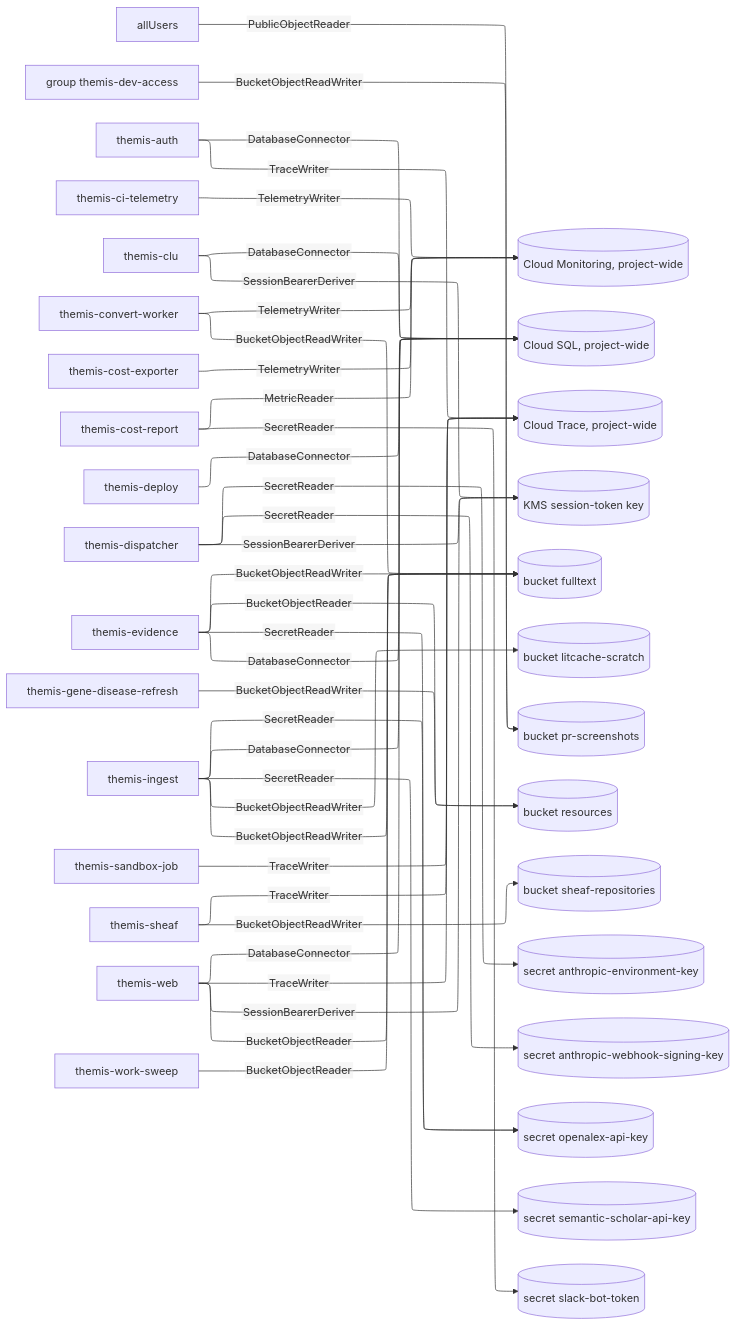
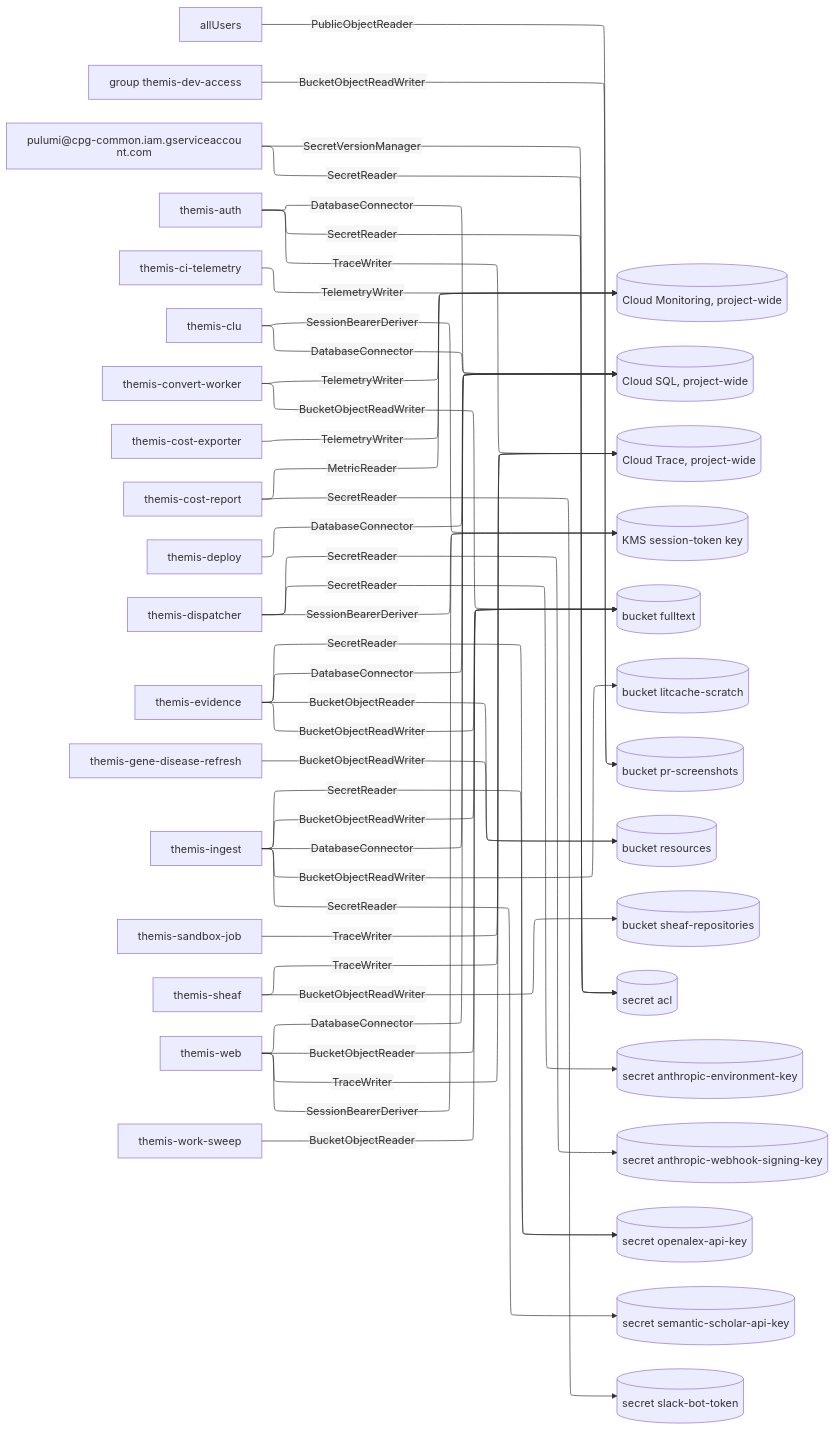
Before and after one commit to populationgenomics/themis: the diagram in docs/design/grants/data.mmd, drawn with Mermaid. The commit also changed 179 other files, not shown here.

```diff
--- a/docs/design/grants/data.mmd
+++ b/docs/design/grants/data.mmd
@@ -1,67 +1,72 @@
 %%{init: {"layout": "elk", "elk": {"mergeEdges": true, "nodePlacementStrategy": "NETWORK_SIMPLEX"}, "htmlLabels": false, "flowchart": {"htmlLabels": false, "wrappingWidth": 320}}}%%
 flowchart LR
     n0["allUsers"]
     n1["group themis-dev-access"]
-    n2["themis-auth"]
-    n3["themis-ci-telemetry"]
-    n4["themis-clu"]
-    n5["themis-convert-worker"]
-    n6["themis-cost-exporter"]
-    n7["themis-cost-report"]
-    n8["themis-deploy"]
-    n9["themis-dispatcher"]
-    n10["themis-evidence"]
-    n11["themis-gene-disease-refresh"]
-    n12["themis-ingest"]
-    n13["themis-sandbox-job"]
-    n14["themis-sheaf"]
-    n15["themis-web"]
-    n16["themis-work-sweep"]
-    n17[("Cloud Monitoring, project-wide")]
-    n18[("Cloud SQL, project-wide")]
-    n19[("Cloud Trace, project-wide")]
-    n20[("KMS session-token key")]
-    n21[("bucket fulltext")]
-    n22[("bucket litcache-scratch")]
-    n23[("bucket pr-screenshots")]
-    n24[("bucket resources")]
-    n25[("bucket sheaf-repositories")]
-    n26[("secret anthropic-environment-key")]
-    n27[("secret anthropic-webhook-signing-key")]
-    n28[("secret openalex-api-key")]
-    n29[("secret semantic-scholar-api-key")]
-    n30[("secret slack-bot-token")]
-    n0 -->|PublicObjectReader| n23
-    n1 -->|BucketObjectReadWriter| n23
-    n2 -->|DatabaseConnector| n18
-    n2 -->|TraceWriter| n19
-    n3 -->|TelemetryWriter| n17
-    n4 -->|DatabaseConnector| n18
-    n4 -->|SessionBearerDeriver| n20
-    n5 -->|BucketObjectReadWriter| n21
-    n5 -->|TelemetryWriter| n17
-    n6 -->|TelemetryWriter| n17
-    n7 -->|MetricReader| n17
-    n7 -->|SecretReader| n30
-    n8 -->|DatabaseConnector| n18
-    n9 -->|SecretReader| n26
-    n9 -->|SecretReader| n27
-    n9 -->|SessionBearerDeriver| n20
-    n10 -->|BucketObjectReadWriter| n21
-    n10 -->|BucketObjectReader| n24
-    n10 -->|DatabaseConnector| n18
+    n2["pulumi@cpg-common.iam.gserviceaccount.com"]
+    n3["themis-auth"]
+    n4["themis-ci-telemetry"]
+    n5["themis-clu"]
+    n6["themis-convert-worker"]
+    n7["themis-cost-exporter"]
+    n8["themis-cost-report"]
+    n9["themis-deploy"]
+    n10["themis-dispatcher"]
+    n11["themis-evidence"]
+    n12["themis-gene-disease-refresh"]
+    n13["themis-ingest"]
+    n14["themis-sandbox-job"]
+    n15["themis-sheaf"]
+    n16["themis-web"]
+    n17["themis-work-sweep"]
+    n18[("Cloud Monitoring, project-wide")]
+    n19[("Cloud SQL, project-wide")]
+    n20[("Cloud Trace, project-wide")]
+    n21[("KMS session-token key")]
+    n22[("bucket fulltext")]
+    n23[("bucket litcache-scratch")]
+    n24[("bucket pr-screenshots")]
+    n25[("bucket resources")]
+    n26[("bucket sheaf-repositories")]
+    n27[("secret acl")]
+    n28[("secret anthropic-environment-key")]
+    n29[("secret anthropic-webhook-signing-key")]
+    n30[("secret openalex-api-key")]
+    n31[("secret semantic-scholar-api-key")]
+    n32[("secret slack-bot-token")]
+    n0 -->|PublicObjectReader| n24
+    n1 -->|BucketObjectReadWriter| n24
+    n2 -->|SecretReader| n27
+    n2 -->|SecretVersionManager| n27
+    n3 -->|DatabaseConnector| n19
+    n3 -->|SecretReader| n27
+    n3 -->|TraceWriter| n20
+    n4 -->|TelemetryWriter| n18
+    n5 -->|DatabaseConnector| n19
+    n5 -->|SessionBearerDeriver| n21
+    n6 -->|BucketObjectReadWriter| n22
+    n6 -->|TelemetryWriter| n18
+    n7 -->|TelemetryWriter| n18
+    n8 -->|MetricReader| n18
+    n8 -->|SecretReader| n32
+    n9 -->|DatabaseConnector| n19
     n10 -->|SecretReader| n28
-    n11 -->|BucketObjectReadWriter| n24
-    n12 -->|BucketObjectReadWriter| n21
-    n12 -->|BucketObjectReadWriter| n22
-    n12 -->|DatabaseConnector| n18
-    n12 -->|SecretReader| n28
-    n12 -->|SecretReader| n29
-    n13 -->|TraceWriter| n19
-    n14 -->|BucketObjectReadWriter| n25
-    n14 -->|TraceWriter| n19
-    n15 -->|BucketObjectReader| n21
-    n15 -->|DatabaseConnector| n18
-    n15 -->|SessionBearerDeriver| n20
-    n15 -->|TraceWriter| n19
-    n16 -->|BucketObjectReader| n21
+    n10 -->|SecretReader| n29
+    n10 -->|SessionBearerDeriver| n21
+    n11 -->|BucketObjectReadWriter| n22
+    n11 -->|BucketObjectReader| n25
+    n11 -->|DatabaseConnector| n19
+    n11 -->|SecretReader| n30
+    n12 -->|BucketObjectReadWriter| n25
+    n13 -->|BucketObjectReadWriter| n22
+    n13 -->|BucketObjectReadWriter| n23
+    n13 -->|DatabaseConnector| n19
+    n13 -->|SecretReader| n30
+    n13 -->|SecretReader| n31
+    n14 -->|TraceWriter| n20
+    n15 -->|BucketObjectReadWriter| n26
+    n15 -->|TraceWriter| n20
+    n16 -->|BucketObjectReader| n22
+    n16 -->|DatabaseConnector| n19
+    n16 -->|SessionBearerDeriver| n21
+    n16 -->|TraceWriter| n20
+    n17 -->|BucketObjectReader| n22
```
